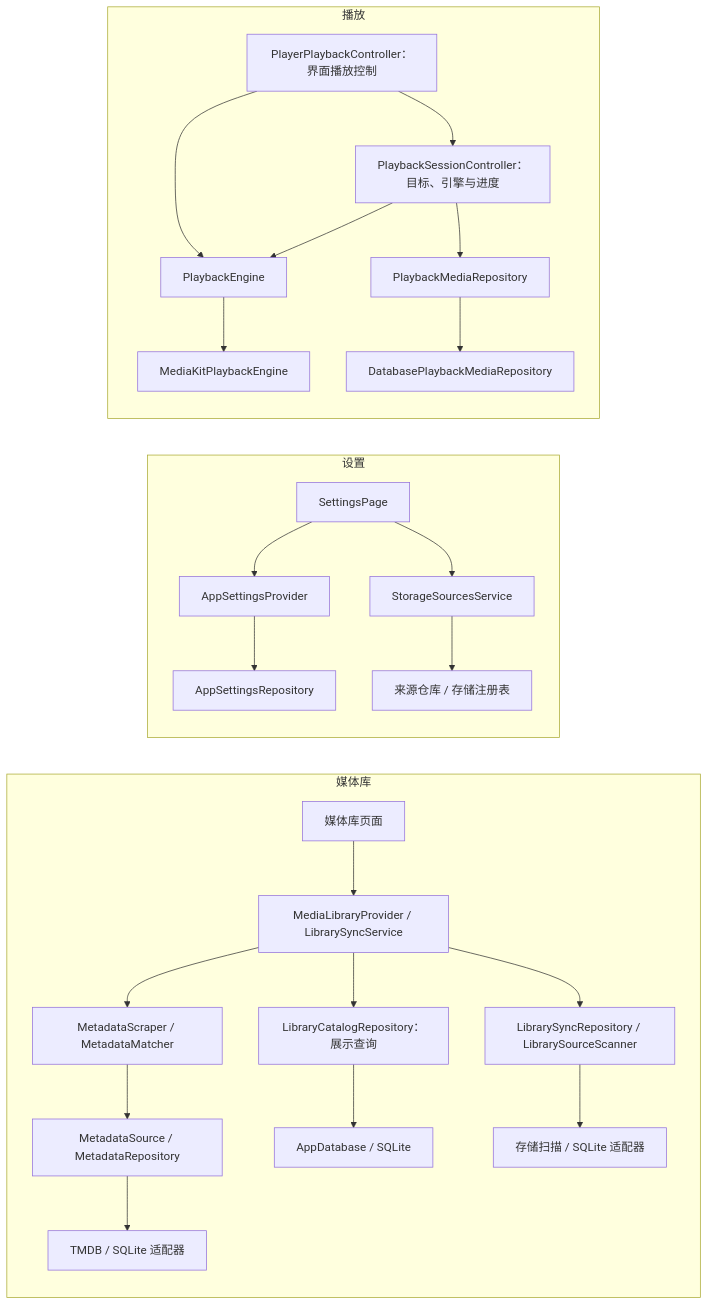
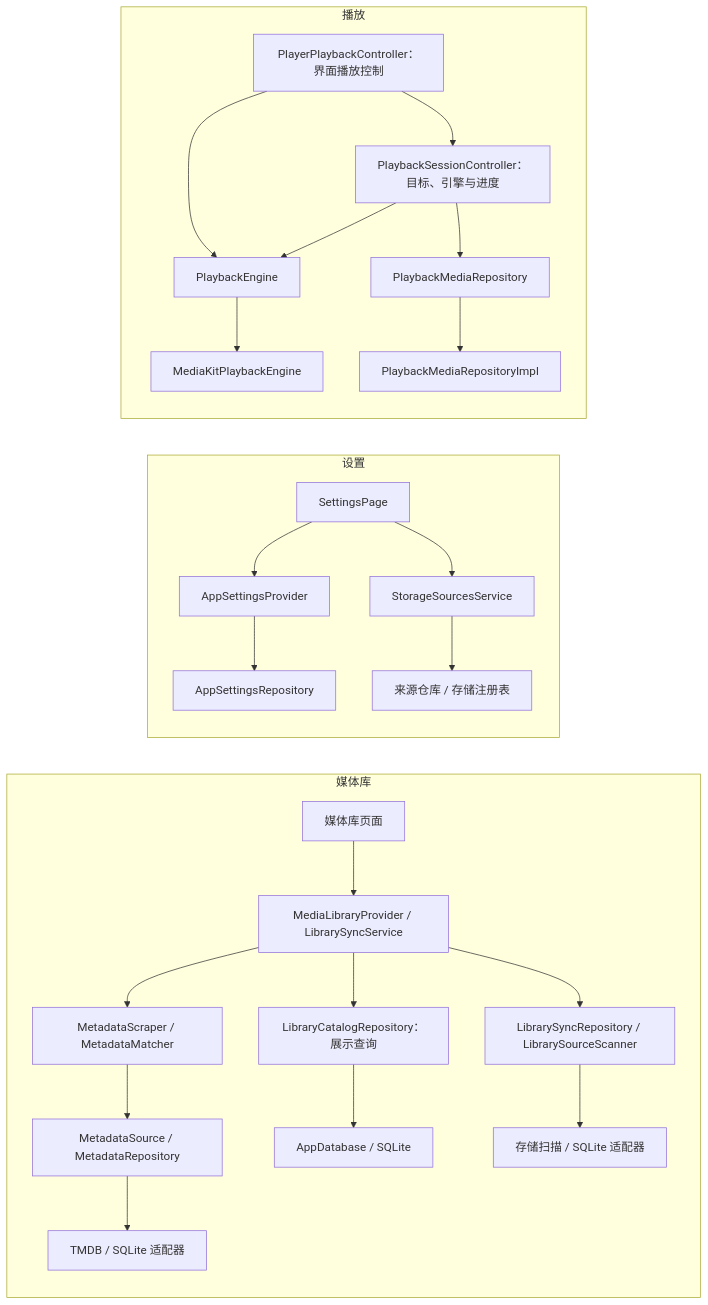
Before and after one commit to sen-to/mochi_player: the second of 3 diagrams in docs/architecture/overview.md, drawn with Mermaid. The commit also changed other lines of this file and 44 other files, not shown here.

````diff
--- a/docs/architecture/overview.md
+++ b/docs/architecture/overview.md
@@ -55,27 +55,27 @@
 ```mermaid
 flowchart LR
   subgraph LibraryPath["媒体库"]
     LibraryPage["媒体库页面"] --> LibraryApp["MediaLibraryProvider / LibrarySyncService"]
     LibraryApp --> Queries["LibraryCatalogRepository：展示查询"]
     LibraryApp --> Sync["LibrarySyncRepository / LibrarySourceScanner"]
     LibraryApp --> Scraper["MetadataScraper / MetadataMatcher"]
     Scraper --> Metadata["MetadataSource / MetadataRepository"]
     Queries --> Database["AppDatabase / SQLite"]
     Sync --> Adapters["存储扫描 / SQLite 适配器"]
     Metadata --> MetadataBackend["TMDB / SQLite 适配器"]
   end
   subgraph SettingsPath["设置"]
     SettingsPage["SettingsPage"] --> SettingsApp["AppSettingsProvider"]
     SettingsApp --> Preferences["AppSettingsRepository"]
     SettingsPage --> SourcesApp["StorageSourcesService"]
     SourcesApp --> Storage["来源仓库 / 存储注册表"]
   end
   subgraph PlaybackPath["播放"]
     Player["PlayerPlaybackController：界面播放控制"] --> Session["PlaybackSessionController：目标、引擎与进度"]
     Session --> EngineContract["PlaybackEngine"]
     Player --> EngineContract
     EngineContract --> Backend["MediaKitPlaybackEngine"]
     Session --> PlaybackRepositoryContract["PlaybackMediaRepository"]
-    PlaybackRepositoryContract --> PlaybackRepository["DatabasePlaybackMediaRepository"]
+    PlaybackRepositoryContract --> PlaybackRepository["PlaybackMediaRepositoryImpl"]
   end
 ```
````
